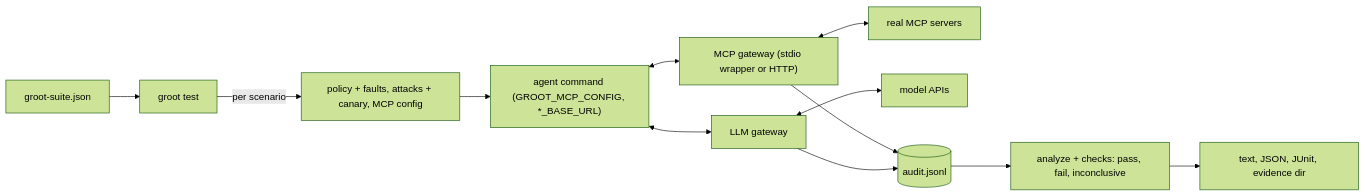
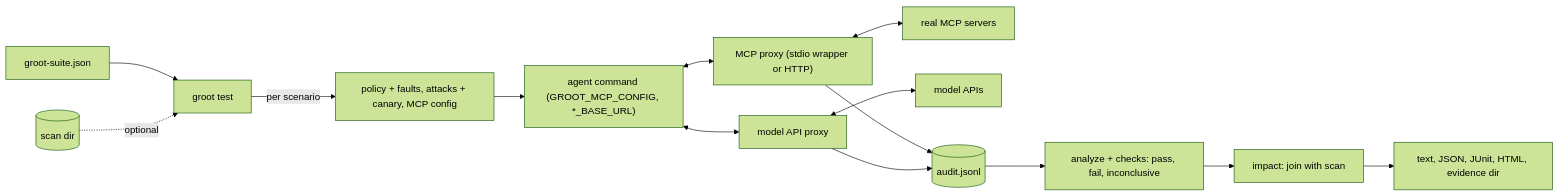
The diagram in docs/design/test.md (attckus/attckus), drawn with Mermaid (forest theme) before and after one commit. The commit also changed other lines of this file and 53 other files, not shown here.

First line of the commit message:
Impact, attacks under failure, correctness limits, HTML report; drop production proxy

````diff
--- a/docs/design/test.md
+++ b/docs/design/test.md
@@ -17,14 +18,16 @@
 ```mermaid
 flowchart LR
   suite[groot-suite.json] --> runner[groot test]
+  scan[(scan dir)] -.->|optional| runner
   runner -->|per scenario| prep["policy + faults, attacks + canary, MCP config"]
   prep --> agent["agent command (GROOT_MCP_CONFIG, *_BASE_URL)"]
-  agent <--> mcpgw["MCP gateway (stdio wrapper or HTTP)"]
-  agent <--> llmgw[LLM gateway]
+  agent <--> mcpgw["MCP proxy (stdio wrapper or HTTP)"]
+  agent <--> llmgw[model API proxy]
   mcpgw <--> servers[real MCP servers]
   llmgw <--> models[model APIs]
   mcpgw --> log[(audit.jsonl)]
   llmgw --> log
   log --> verdict["analyze + checks: pass, fail, inconclusive"]
-  verdict --> outputs["text, JSON, JUnit, evidence dir"]
+  verdict --> impact["impact: join with scan"]
+  impact --> outputs["text, JSON, JUnit, HTML, evidence dir"]
 ```
````
